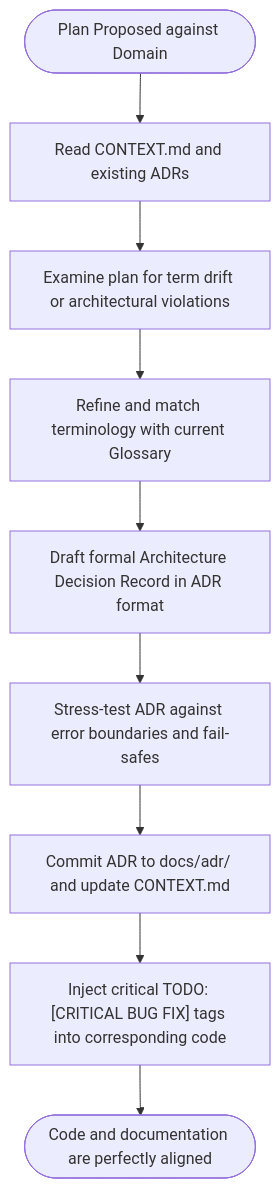
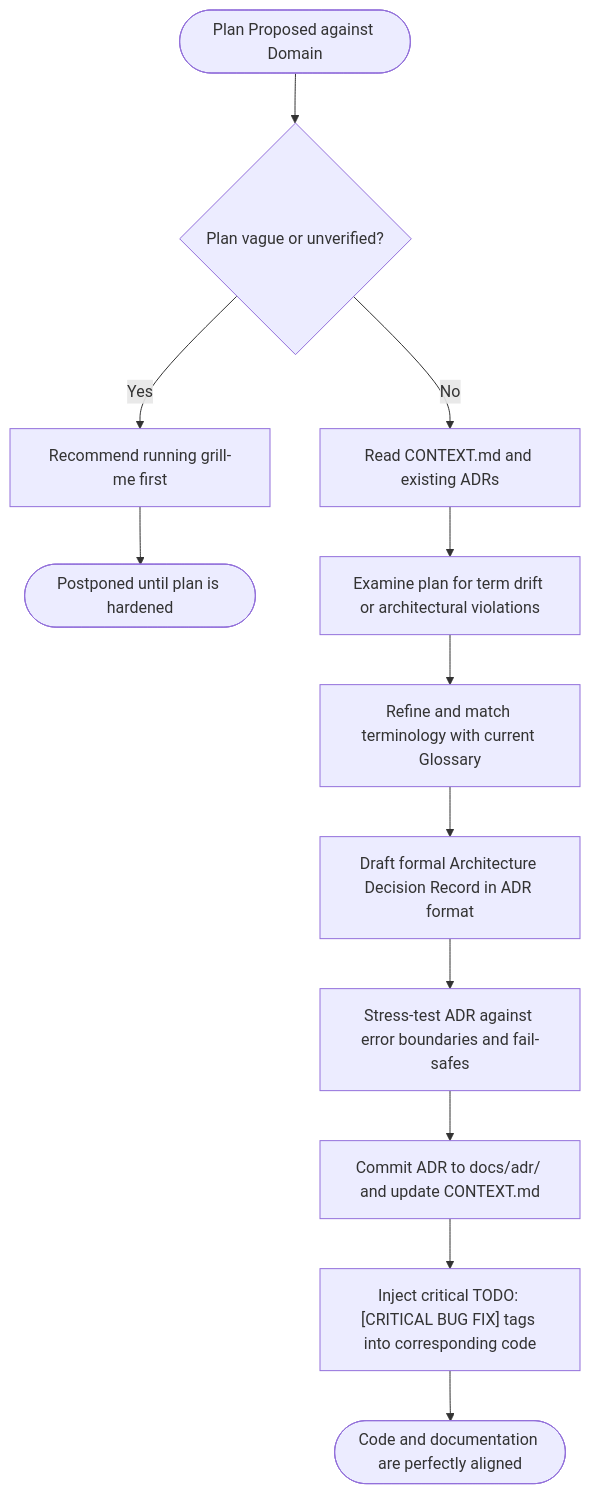
The first of 3 diagrams in docs/workflows/grill-with-docs.md (dyphn1/Harness-everything), drawn with Mermaid before and after one commit. The commit also changed other lines of this file and 3 other files, not shown here.

````diff
--- a/docs/workflows/grill-with-docs.md
+++ b/docs/workflows/grill-with-docs.md
@@ -11,11 +11,14 @@
 ```mermaid
 graph TD
-  Start([Plan Proposed against Domain]) --> ReadDomainModel["Read CONTEXT.md and existing ADRs"]
+  Start([Plan Proposed against Domain]) --> CheckCoreValidity{Plan vague or unverified?}
+  CheckCoreValidity -->|Yes| RecommendGrillMe["Recommend running grill-me first"]
+  CheckCoreValidity -->|No| ReadDomainModel["Read CONTEXT.md and existing ADRs"]
+  RecommendGrillMe --> EndVague([Postponed until plan is hardened])
   ReadDomainModel --> ChallengeDrift["Examine plan for term drift or architectural violations"]
   ChallengeDrift --> UpdateGlossary["Refine and match terminology with current Glossary"]
   UpdateGlossary --> DraftADR["Draft formal Architecture Decision Record in ADR format"]
   DraftADR --> StressTestADR["Stress-test ADR against error boundaries and fail-safes"]
   StressTestADR --> WriteDocs["Commit ADR to docs/adr/ and update CONTEXT.md"]
   WriteDocs --> InjectTodos["Inject critical TODO: [CRITICAL BUG FIX] tags into corresponding code"]
   InjectTodos --> End([Code and documentation are perfectly aligned])
 ```
````
